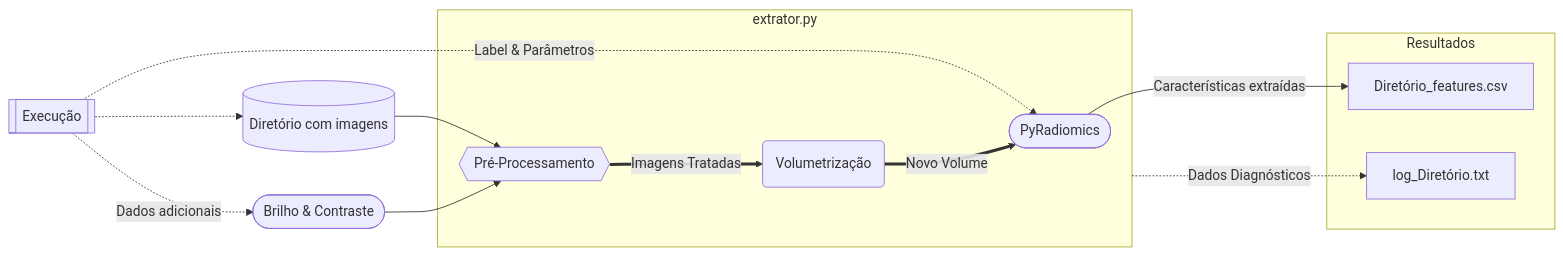
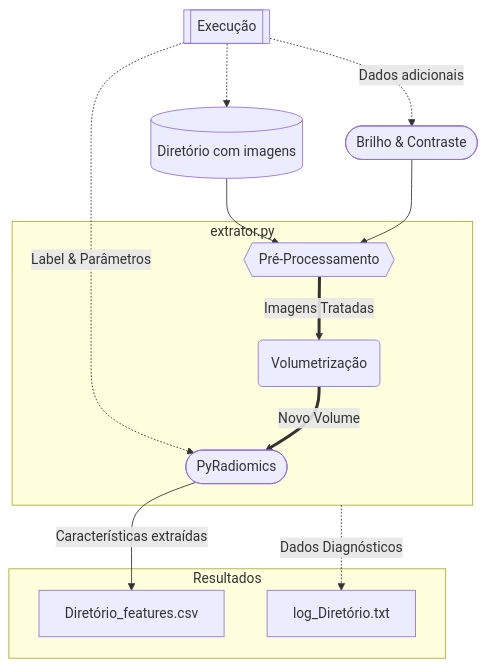
One commit to OctavioFurio/PyRadiomicsExtraction changed the diagram in README.md. Above: the diagram before and after it, drawn with Mermaid.

````diff
--- a/README.md
+++ b/README.md
@@ -28,23 +28,23 @@
 ```mermaid
 %%{ init: { 'flowchart': { 'curve': 'bump' } } }%%
-flowchart LR
+flowchart TB
 
     inputs[[Execução]]
     inputs -.-> dir[(Diretório com imagens)]
     inputs -. Label & Parâmetros .-> pr([PyRadiomics])
     inputs -. Dados adicionais .-> br([Brilho & Contraste])
     dir --> pp{{Pré-Processamento}}
     br --> pp
 
     subgraph extrator.py
         pp == Imagens Tratadas ==> dim(Volumetrização)
         dim == Novo Volume ==> pr    
     end
     
     subgraph Resultados
     pr -- Características extraídas --> Diretório_features.csv
     log_Diretório.txt
     end
     
     extrator.py -. Dados Diagnósticos .-> log_Diretório.txt
 ```
````
